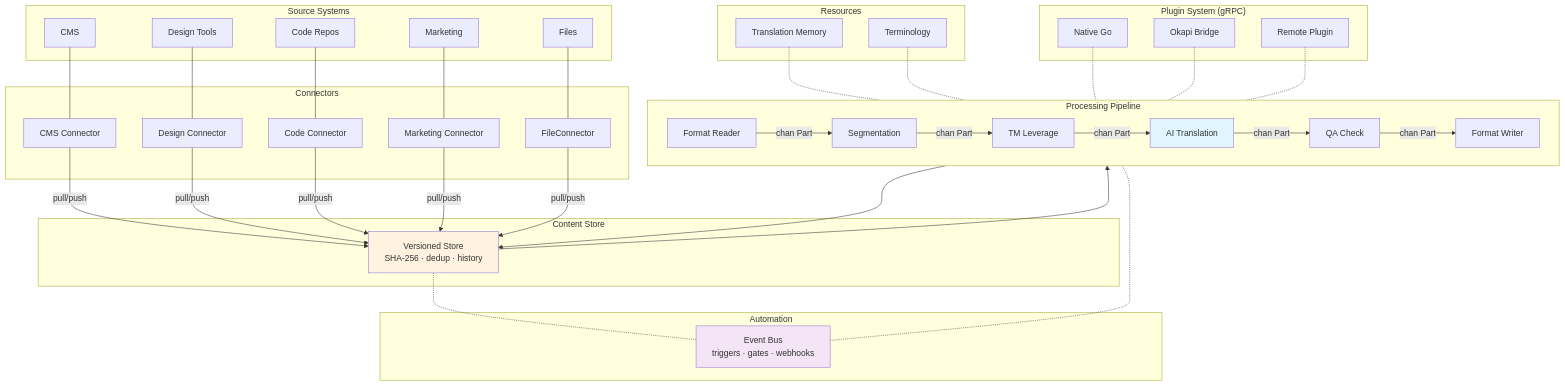
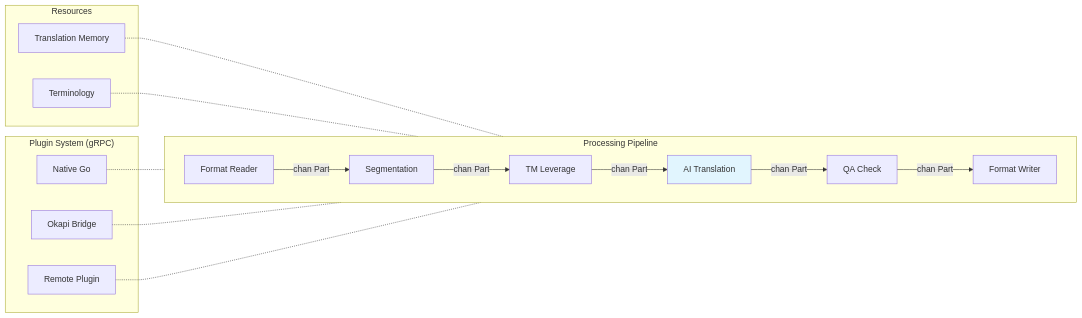
The first of 2 diagrams in website/docs/developer/architecture.md (neokapi/neokapi), drawn with Mermaid before and after one commit. The commit also changed other lines of this file and 9 other files, not shown here.

````diff
--- a/website/docs/developer/architecture.md
+++ b/website/docs/developer/architecture.md
@@ -16,81 +15,37 @@
 ```mermaid
-graph TB
-    subgraph "Source Systems"
-        CMS[CMS]
-        Design[Design Tools]
-        Code[Code Repos]
-        Marketing[Marketing]
-        Files[Files]
-    end
-
-    subgraph "Connectors"
-        C1[CMS Connector]
-        C2[Design Connector]
-        C3[Code Connector]
-        C4[Marketing Connector]
-        C5[FileConnector]
-    end
-
-    CMS --- C1
-    Design --- C2
-    Code --- C3
-    Marketing --- C4
-    Files --- C5
-
-    subgraph "Content Store"
-        CS[Versioned Store<br/>SHA-256 · dedup · history]
-    end
-
-    C1 -->|pull/push| CS
-    C2 -->|pull/push| CS
-    C3 -->|pull/push| CS
-    C4 -->|pull/push| CS
-    C5 -->|pull/push| CS
-
+graph LR
     subgraph "Processing Pipeline"
         direction LR
         DFR[Format Reader]
         T1[Segmentation]
         T2[TM Leverage]
         T3[AI Translation]
         T4[QA Check]
         DFW[Format Writer]
         DFR -->|"chan Part"| T1
         T1 -->|"chan Part"| T2
         T2 -->|"chan Part"| T3
         T3 -->|"chan Part"| T4
         T4 -->|"chan Part"| DFW
     end
 
-    CS --> DFR
-    DFW --> CS
-
     subgraph "Resources"
         TM[Translation Memory]
         TB[Terminology]
     end
 
     TM -.- T2
     TB -.- T4
-
-    subgraph "Automation"
-        EVT[Event Bus<br/>triggers · gates · webhooks]
-    end
-
-    CS -.- EVT
-    EVT -.- DFR
 
     subgraph "Plugin System (gRPC)"
         P1[Native Go]
         P2[Okapi Bridge]
         P3[Remote Plugin]
     end
 
     P1 -.- T1
     P2 -.- DFR
     P3 -.- T3
 
     style T3 fill:#e1f5fe
-    style CS fill:#fff3e0
-    style EVT fill:#f3e5f5
 ```
````
